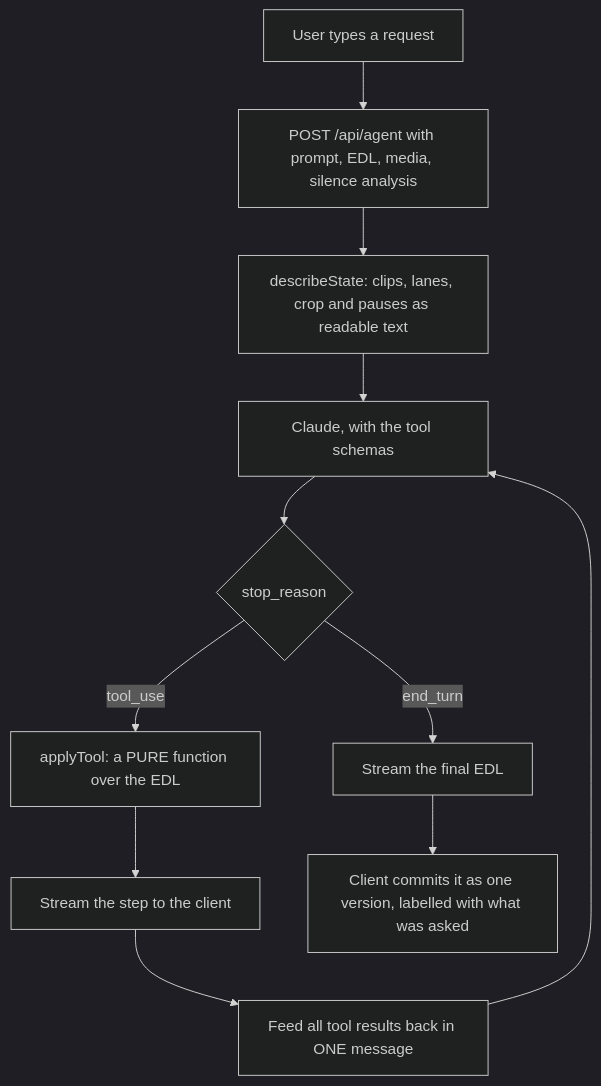
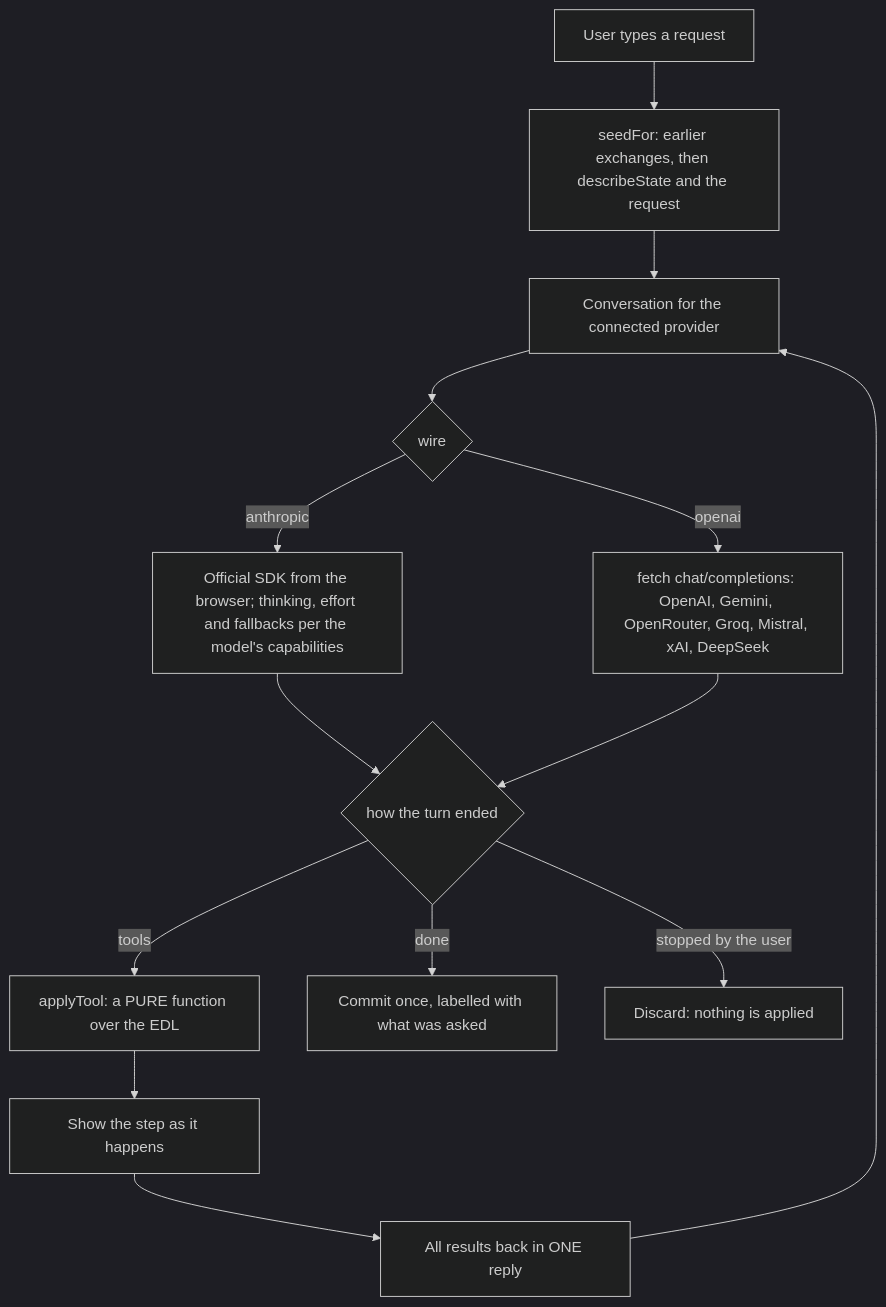
One commit to aviralj02/cutline changed the fifth of 6 diagrams in ARCHITECTURE.md. Above: the diagram before and after it, drawn with Mermaid (dark theme). The commit also changed other lines of this file and 3 other files, not shown here.

````diff
--- a/ARCHITECTURE.md
+++ b/ARCHITECTURE.md
@@ -565,13 +624,16 @@
 ```mermaid
 flowchart TD
-  A[User types a request] --> B[POST /api/agent with prompt, EDL, media, silence analysis]
-  B --> C[describeState: clips, lanes, crop and pauses as readable text]
-  C --> D[Claude, with the tool schemas]
-  D --> E{stop_reason}
-  E -- tool_use --> F[applyTool: a PURE function over the EDL]
-  F --> G[Stream the step to the client]
-  G --> H[Feed all tool results back in ONE message]
-  H --> D
-  E -- end_turn --> I[Stream the final EDL]
-  I --> J[Client commits it as one version, labelled with what was asked]
+  A[User types a request] --> B[seedFor: earlier exchanges, then describeState and the request]
+  B --> C[Conversation for the connected provider]
+  C --> D{wire}
+  D -- anthropic --> E[Official SDK from the browser; thinking, effort and fallbacks per the model's capabilities]
+  D -- openai --> F[fetch chat/completions: OpenAI, Gemini, OpenRouter, Groq, Mistral, xAI, DeepSeek]
+  E --> G{how the turn ended}
+  F --> G
+  G -- tools --> H[applyTool: a PURE function over the EDL]
+  H --> I[Show the step as it happens]
+  I --> J[All results back in ONE reply]
+  J --> C
+  G -- done --> K[Commit once, labelled with what was asked]
+  G -- stopped by the user --> L[Discard: nothing is applied]
 ```
````
